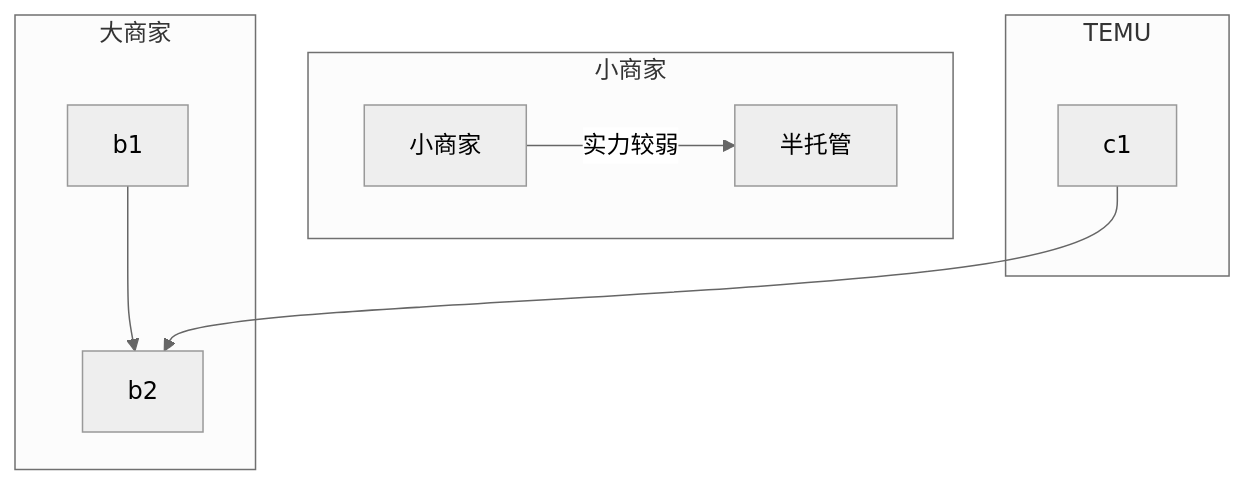
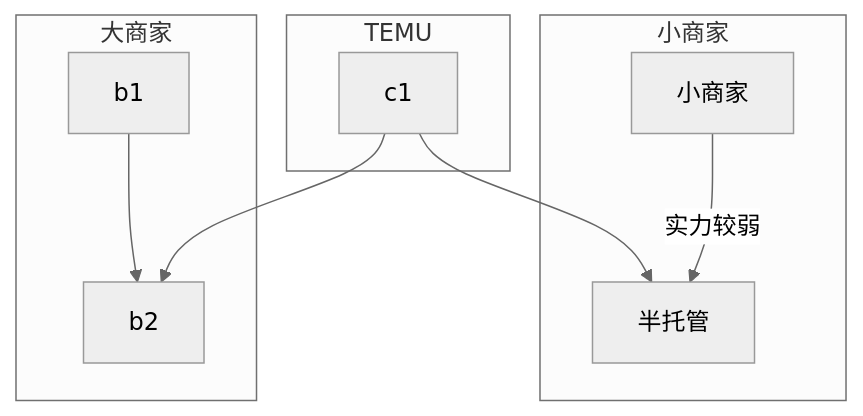
One commit to Zora0203/iodraw-files changed the diagram in all/TEMU链路图.md. Above: the diagram before and after it, drawn with Mermaid (neutral theme).

Commit message:
2024-12-06 16:31:54 update

````diff
--- a/all/TEMU链路图.md
+++ b/all/TEMU链路图.md
@@ -1,15 +1,18 @@
 ```mermaid
 flowchart TB
 
     subgraph 小商家
     a1[小商家]--实力较弱-->ban[半托管]
     end
 
 
     subgraph 大商家
     b1-->b2
     end
+
+
     subgraph TEMU
     c1-->b2
+    c1-->ban
     end
 ```
````
